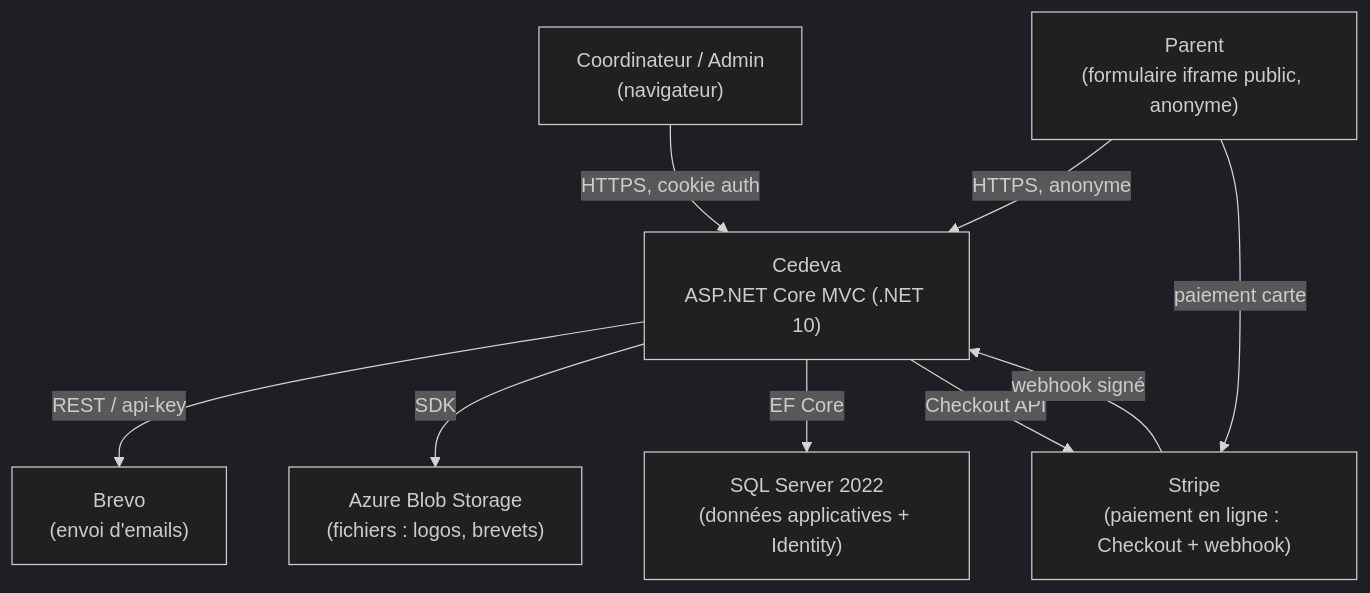
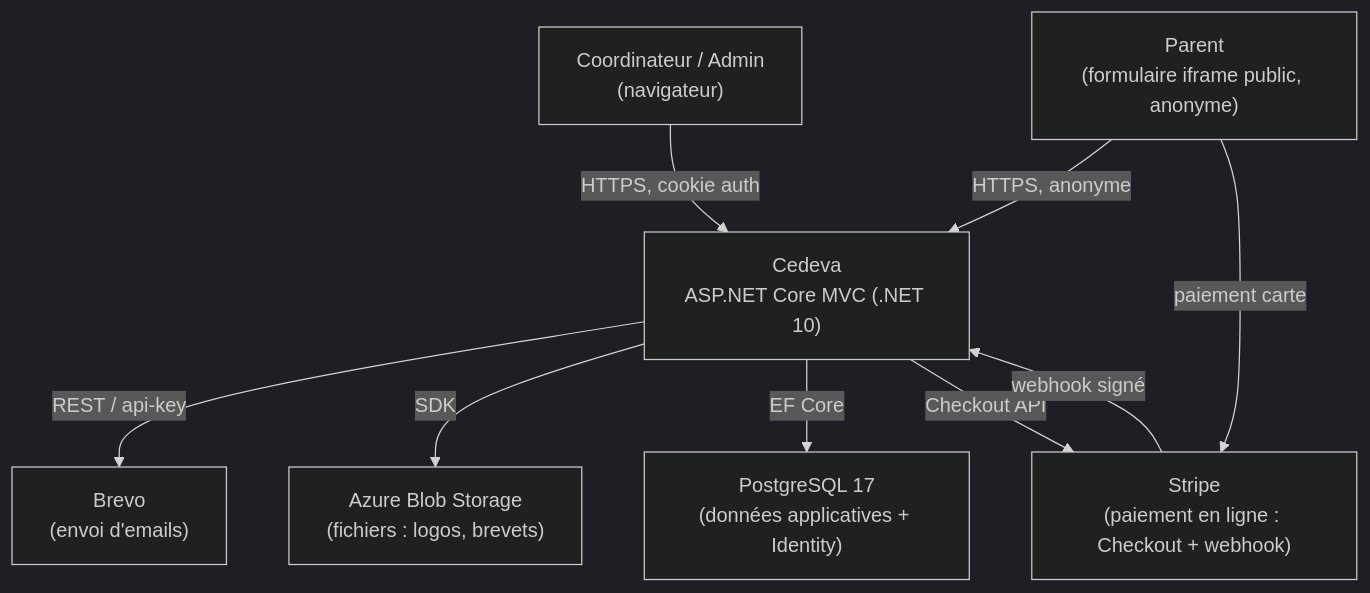
One commit to ogautier1980/cedeva-v2 changed the first of 4 diagrams in docs/architecture.md. Above: the diagram before and after it, drawn with Mermaid (dark theme). The commit also changed other lines of this file and 69 other files, not shown here.

````diff
--- a/docs/architecture.md
+++ b/docs/architecture.md
@@ -10,19 +10,19 @@
 ```mermaid
 graph TB
     coord["Coordinateur / Admin<br/>(navigateur)"]
     parent["Parent<br/>(formulaire iframe public, anonyme)"]
     cedeva["Cedeva<br/>ASP.NET Core MVC (.NET 10)"]
     brevo["Brevo<br/>(envoi d'emails)"]
     blob["Azure Blob Storage<br/>(fichiers : logos, brevets)"]
-    sql["SQL Server 2022<br/>(données applicatives + Identity)"]
+    sql["PostgreSQL 17<br/>(données applicatives + Identity)"]
     stripe["Stripe<br/>(paiement en ligne : Checkout + webhook)"]
 
     coord -->|HTTPS, cookie auth| cedeva
     parent -->|HTTPS, anonyme| cedeva
     parent -->|paiement carte| stripe
     cedeva -->|REST / api-key| brevo
     cedeva -->|SDK| blob
     cedeva -->|EF Core| sql
     cedeva -->|Checkout API| stripe
     stripe -->|webhook signé| cedeva
 ```
````
